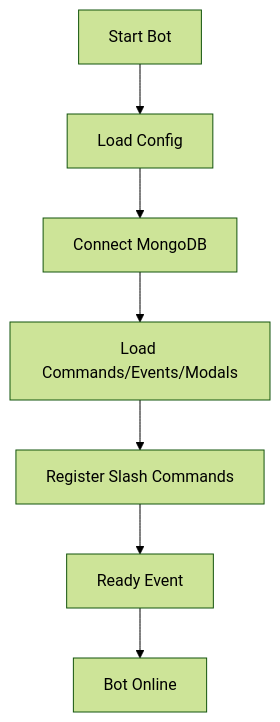
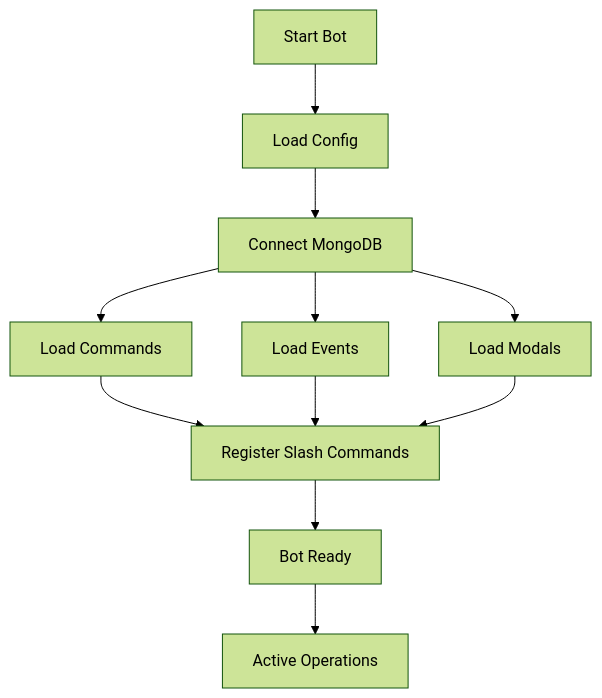
Before and after one commit to rushinski/Discord-Bot-Unity: the first of 7 diagrams in ARCHITECTURE.md, drawn with Mermaid (forest theme). The commit also changed other lines of this file, not shown here.

Commit message:
more architecture updates

````diff
--- a/ARCHITECTURE.md
+++ b/ARCHITECTURE.md
@@ -14,9 +15,13 @@
 ```mermaid
 flowchart TD
     A[Start Bot] --> B[Load Config]
     B --> C[Connect MongoDB]
-    C --> D[Load Commands/Events/Modals]
-    D --> E[Register Slash Commands]
-    E --> F[Ready Event]
-    F --> G[Bot Online]
+    C --> D[Load Commands]
+    C --> E[Load Events]
+    C --> F[Load Modals]
+    D --> G[Register Slash Commands]
+    E --> G
+    F --> G
+    G --> H[Bot Ready]
+    H --> I[Active Operations]
 ```
````
